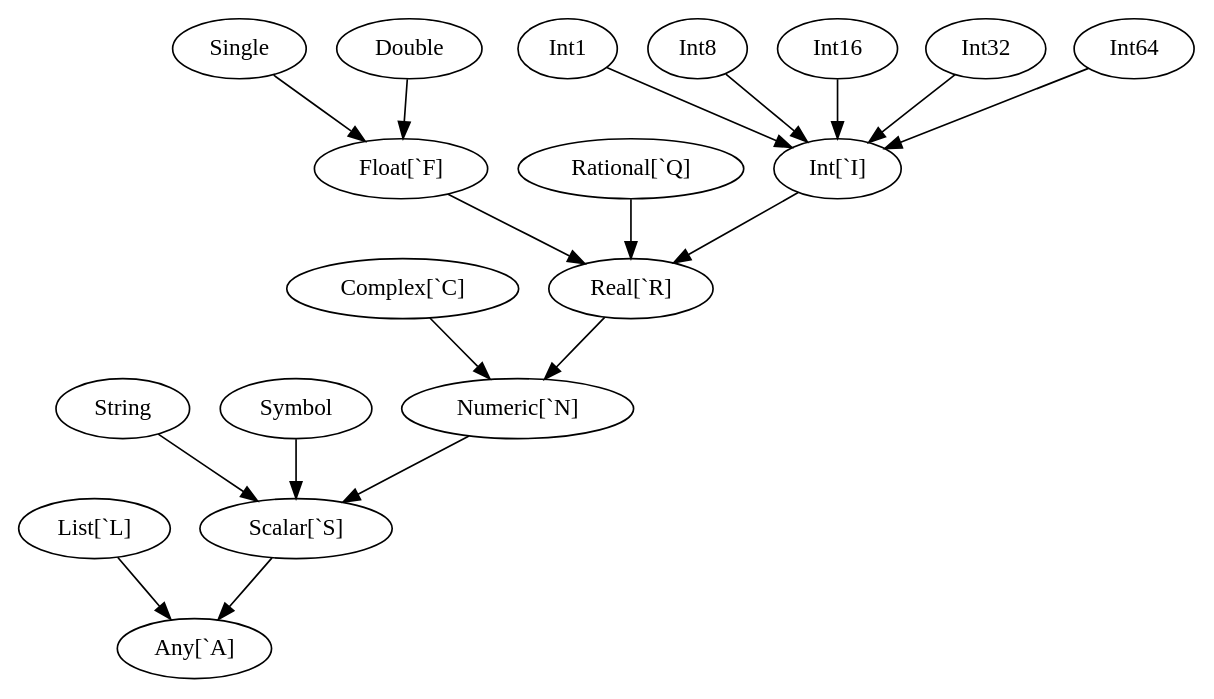
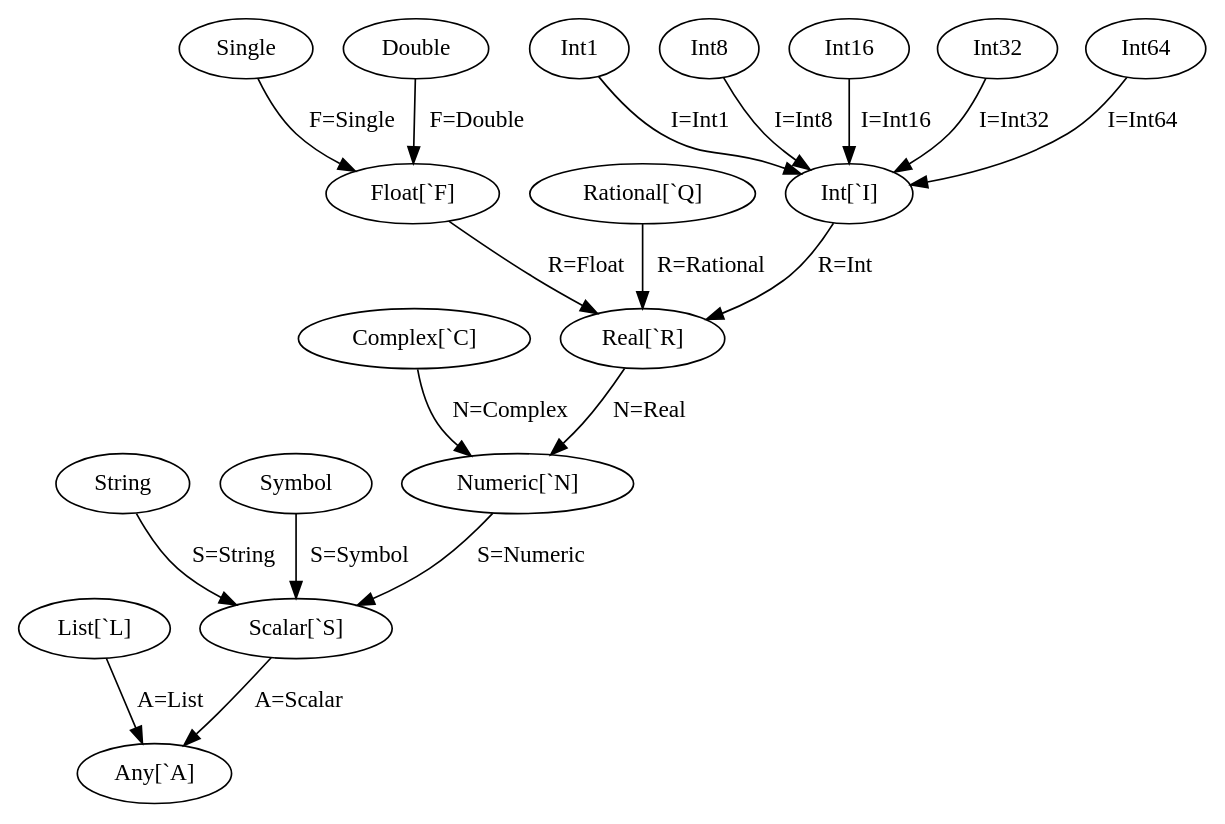
Before and after one commit to JuliaLang/julia: the diagram in types.dot, drawn with Graphviz.

Commit message:
Types file with parameter assignments.

```diff
--- a/types.dot
+++ b/types.dot
@@ -1,41 +1,41 @@
 digraph Types {
 
   Int [label="Int[`I]"]
   Float [label="Float[`F]"]
   Rational [label="Rational[`Q]"]
   Real [label="Real[`R]"]
   Numeric [label="Numeric[`N]"]
   Scalar [label="Scalar[`S]"]
   Complex [label="Complex[`C]"]
   List [label="List[`L]"]
   Any [label="Any[`A]"]
 
   subgraph Scalars {
     subgraph Numerics {
       subgraph Reals { 
         subgraph Ints {
-          Int1  -> Int;
-          Int8  -> Int;
-          Int16 -> Int;
-          Int32 -> Int;
-          Int64 -> Int;
+          Int1  -> Int [label="I=Int1"];
+          Int8  -> Int [label="I=Int8"];
+          Int16 -> Int [label="I=Int16"];
+          Int32 -> Int [label="I=Int32"];
+          Int64 -> Int [label="I=Int64"];
         }
         subgraph Floats {
-          Single -> Float;
-          Double -> Float;
+          Single -> Float [label="F=Single"];
+          Double -> Float [label="F=Double"];
         }
-        Int -> Real;
-        Float -> Real;
-        Rational -> Real;
+        Int -> Real [label="R=Int"];
+        Float -> Real [label="R=Float"];
+        Rational -> Real [label="R=Rational"];
       }
-      Real -> Numeric;
-      Complex -> Numeric;
+      Real -> Numeric [label="N=Real"];
+      Complex -> Numeric [label="N=Complex"];
     }
-    Numeric -> Scalar;
-    String -> Scalar;
-    Symbol -> Scalar;
+    Numeric -> Scalar [label="S=Numeric"];
+    String -> Scalar [label="S=String"];
+    Symbol -> Scalar [label="S=Symbol"];
   }
-  Scalar -> Any;
-  List -> Any;
+  Scalar -> Any [label="A=Scalar"];
+  List -> Any [label="A=List"];
 
 }
```
